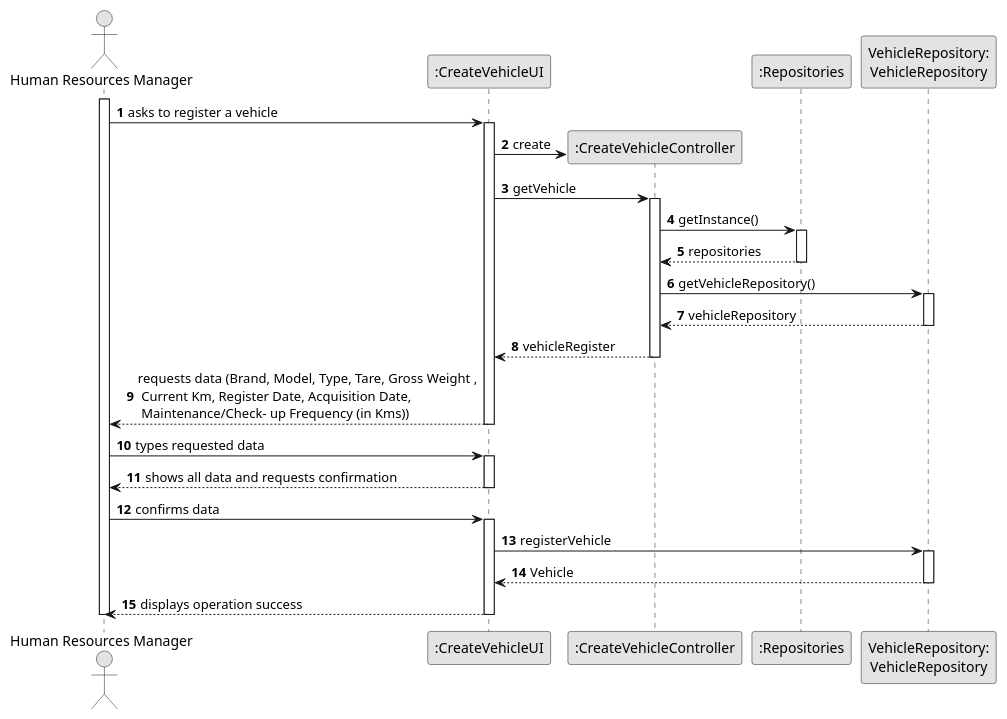
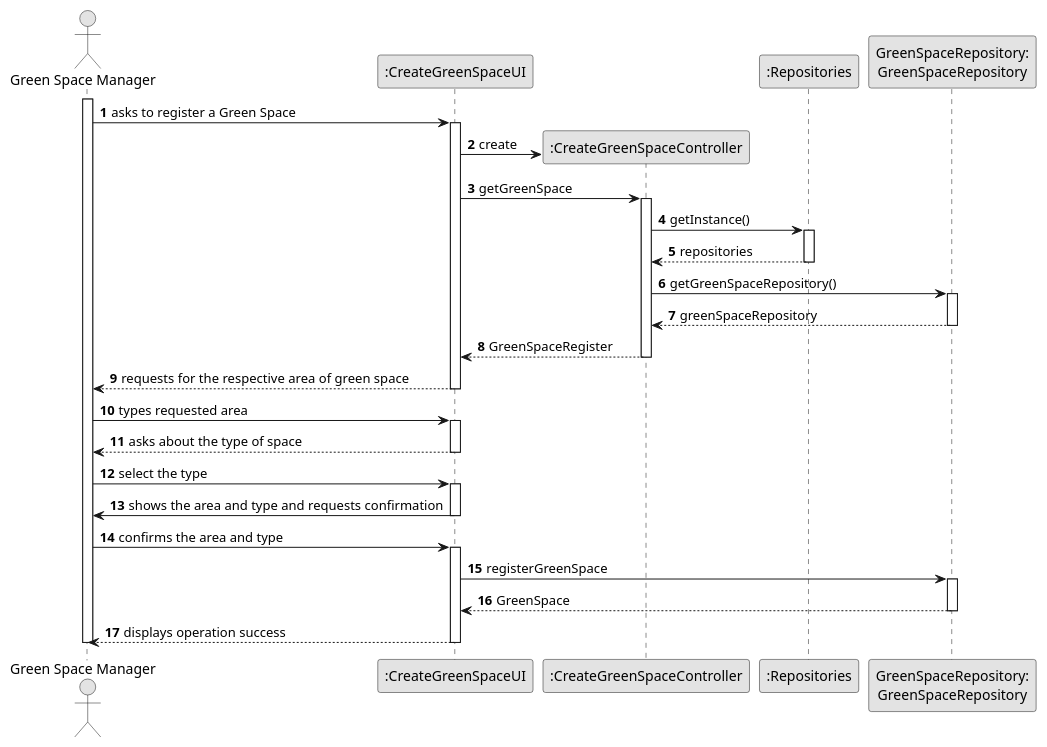
One commit to Departamento-de-Engenharia-Informatica/lei-24-s2-1dl-g121 changed the diagram in docs/sprintC/us020/03.design/puml/us020-sequence-diagram-full.puml. Above: the diagram before and after it, drawn with PlantUML. The commit also changed 3 other files, not shown here.

Commit message:
class diagram and sequence diagram us020

```diff
--- a/docs/sprintC/us020/03.design/puml/us020-sequence-diagram-full.puml
+++ b/docs/sprintC/us020/03.design/puml/us020-sequence-diagram-full.puml
@@ -1,73 +1,82 @@
 @startuml
 skinparam monochrome true
 skinparam packageStyle rectangle
 skinparam shadowing false
 
 autonumber
 
 'hide footbox
-actor "Human Resources Manager" as ADM
-participant ":CreateVehicleUI" as UI
-participant ":CreateVehicleController" as CTRL
+actor "Green Space Manager " as ADM
+participant ":CreateGreenSpaceUI" as UI
+participant ":CreateGreenSpaceController" as CTRL
 participant ":Repositories" as RepositorySingleton
-participant "VehicleRepository:\nVehicleRepository" as TaskCategoryRepository
+participant "GreenSpaceRepository:\nGreenSpaceRepository" as TaskCategoryRepository
 
 
 activate ADM
 
-        ADM -> UI : asks to register a vehicle
+        ADM -> UI : asks to register a Green Space
 
         activate UI
 
 '            UI --> ADM : requests data (reference, description,  informal \n description, technical description, duration, cost)
             'create CTRL
             UI -> CTRL** : create
 
-            UI -> CTRL : getVehicle
+            UI -> CTRL : getGreenSpace
             activate CTRL
 
                 CTRL -> RepositorySingleton : getInstance()
                 activate RepositorySingleton
 
                     RepositorySingleton --> CTRL: repositories
                 deactivate RepositorySingleton
 
-                CTRL -> TaskCategoryRepository : getVehicleRepository()
+                CTRL -> TaskCategoryRepository : getGreenSpaceRepository()
                 activate TaskCategoryRepository
 
-                    TaskCategoryRepository --> CTRL: vehicleRepository
+                    TaskCategoryRepository --> CTRL: greenSpaceRepository
                 deactivate TaskCategoryRepository
 
 
 
-                CTRL --> UI : vehicleRegister
+                CTRL --> UI : GreenSpaceRegister
             deactivate CTRL
 
-            UI --> ADM : requests data (Brand, Model, Type, Tare, Gross Weight ,\n Current Km, Register Date, Acquisition Date,\n Maintenance/Check- up Frequency (in Kms))
+            UI --> ADM : requests for the respective area of green space
         deactivate UI
 
-    ADM -> UI : types requested data
+    ADM -> UI : types requested area
     activate UI
 
-        UI --> ADM : shows all data and requests confirmation
+        UI --> ADM : asks about the type of space
     deactivate UI
 
-    ADM -> UI : confirms data
+    ADM -> UI : select the type
     activate UI
 
-    UI -> TaskCategoryRepository : registerVehicle
+    UI -> ADM :shows the area and type and requests confirmation
+    deactivate UI
+
+
+    ADM ->UI : confirms the area and type
+    activate UI
+
+    UI -> TaskCategoryRepository : registerGreenSpace
+
+
 
         activate TaskCategoryRepository
 
-        TaskCategoryRepository --> UI : Vehicle
+        TaskCategoryRepository --> UI : GreenSpace
 
 
         deactivate  TaskCategoryRepository
 
             deactivate CTRL
             UI --> ADM: displays operation success
     deactivate UI
 
 deactivate ADM
 
 @enduml
```
